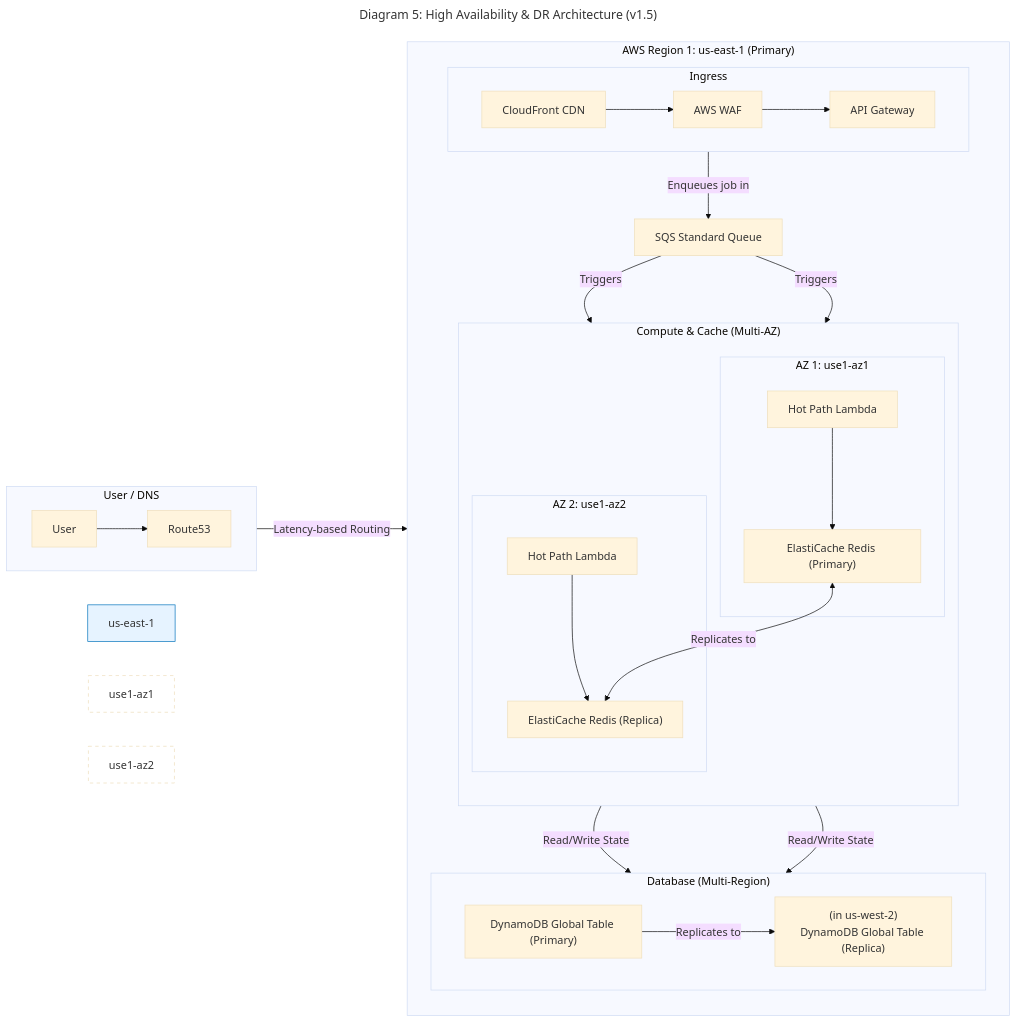
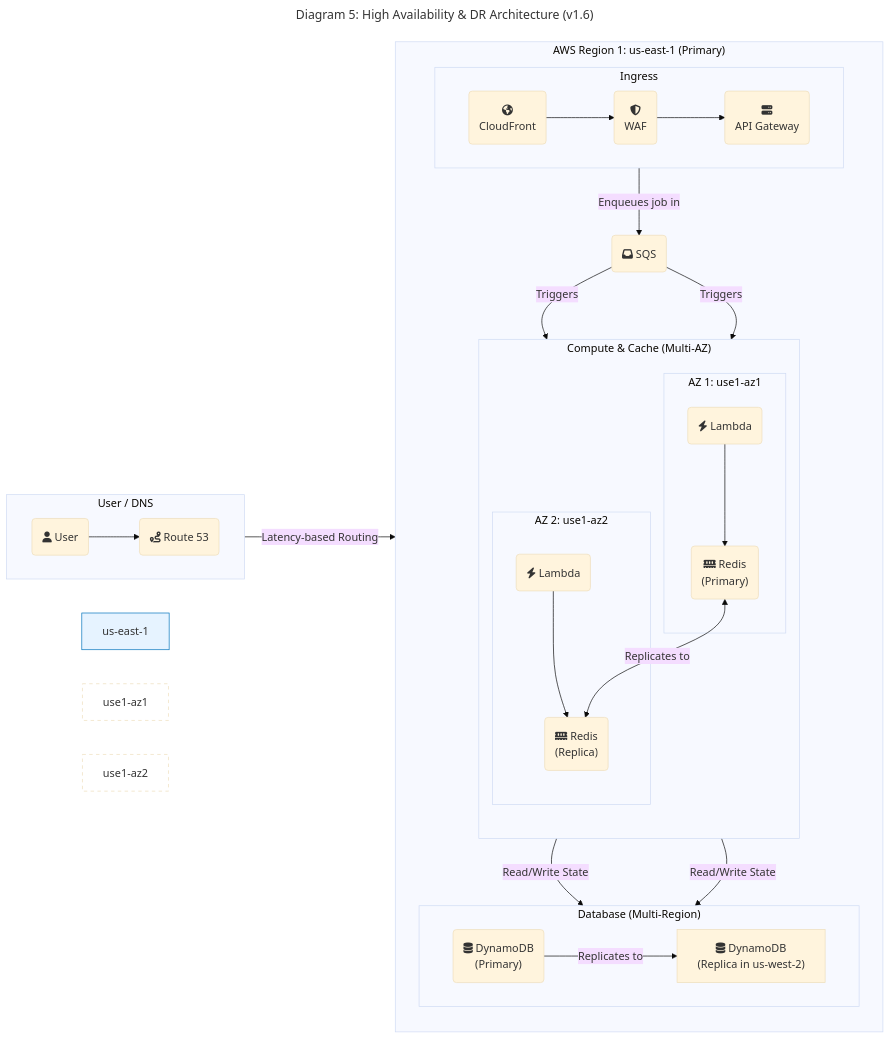
Before and after one commit to dino10bit/healthsync: diagram 12 of 15 in docs/architecture/06-technical-architecture.md, drawn with Mermaid (base theme). The commit also changed other lines of this file, not shown here.

First line of the commit message:
Enhance diagrams with professional styling and icons

````diff
--- a/docs/architecture/06-technical-architecture.md
+++ b/docs/architecture/06-technical-architecture.md
@@ -1264,46 +1360,46 @@
 ```mermaid
 ---
-title: "Diagram 5: High Availability & DR Architecture (v1.5)"
+title: "Diagram 5: High Availability & DR Architecture (v1.6)"
 ---
 graph LR
     subgraph "User / DNS"
         direction LR
-        User --> Route53
+        User("`fa:fa-user User`") --> Route53("`fa:fa-route Route 53`")
     end
 
     subgraph "AWS Region 1: us-east-1 (Primary)"
         direction TB
         style us-east-1 fill:#e6f3ff,stroke:#0073bb
 
         subgraph Ingress
             direction LR
-            CloudFront[CloudFront CDN] --> WAF[AWS WAF] --> ApiGateway[API Gateway]
+            CloudFront("`fa:fa-globe-americas<br>CloudFront`") --> WAF("`fa:fa-shield-alt<br>WAF`") --> ApiGateway("`fa:fa-server<br>API Gateway`")
         end
 
-        ApiGateway -- "Enqueues job in" --> SQS[SQS Standard Queue]
+        ApiGateway -- "Enqueues job in" --> SQS("`fa:fa-inbox SQS`")
 
         subgraph "Compute & Cache (Multi-AZ)"
             direction TB
             subgraph "AZ 1: use1-az1"
                 style use1-az1 fill:#ffffff,stroke-dasharray: 5 5
-                Lambda_A[Hot Path Lambda] --> Redis_A["ElastiCache Redis (Primary)"]
+                Lambda_A("`fa:fa-bolt Lambda`") --> Redis_A("`fa:fa-memory Redis<br>(Primary)`")
             end
             subgraph "AZ 2: use1-az2"
                 style use1-az2 fill:#ffffff,stroke-dasharray: 5 5
-                Lambda_B[Hot Path Lambda] --> Redis_B["ElastiCache Redis (Replica)"]
+                Lambda_B("`fa:fa-bolt Lambda`") --> Redis_B("`fa:fa-memory Redis<br>(Replica)`")
             end
         end
 
         SQS -- Triggers --> Lambda_A & Lambda_B
         Redis_A -- "Replicates to" <--> Redis_B
 
         subgraph "Database (Multi-Region)"
             direction LR
-            DynamoDB_Global["DynamoDB Global Table (Primary)"] -- "Replicates to" --> DynamoDB_DR["(in us-west-2)<br>DynamoDB Global Table (Replica)"]
+            DynamoDB_Global("`fa:fa-database DynamoDB<br>(Primary)`") -- "Replicates to" --> DynamoDB_DR["`fa:fa-database DynamoDB<br>(Replica in us-west-2)`"]
         end
 
         Lambda_A & Lambda_B -- "Read/Write State" --> DynamoDB_Global
     end
 
     Route53 -- "Latency-based Routing" --> CloudFront
 ```
````
